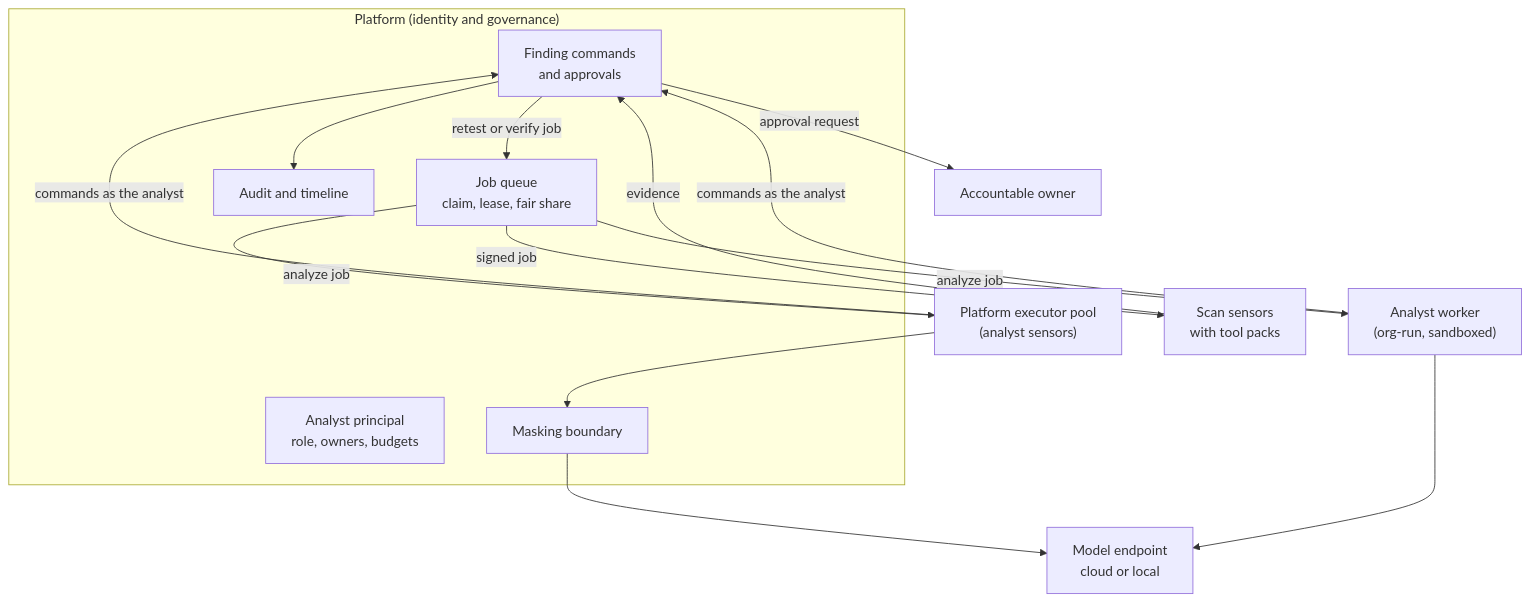
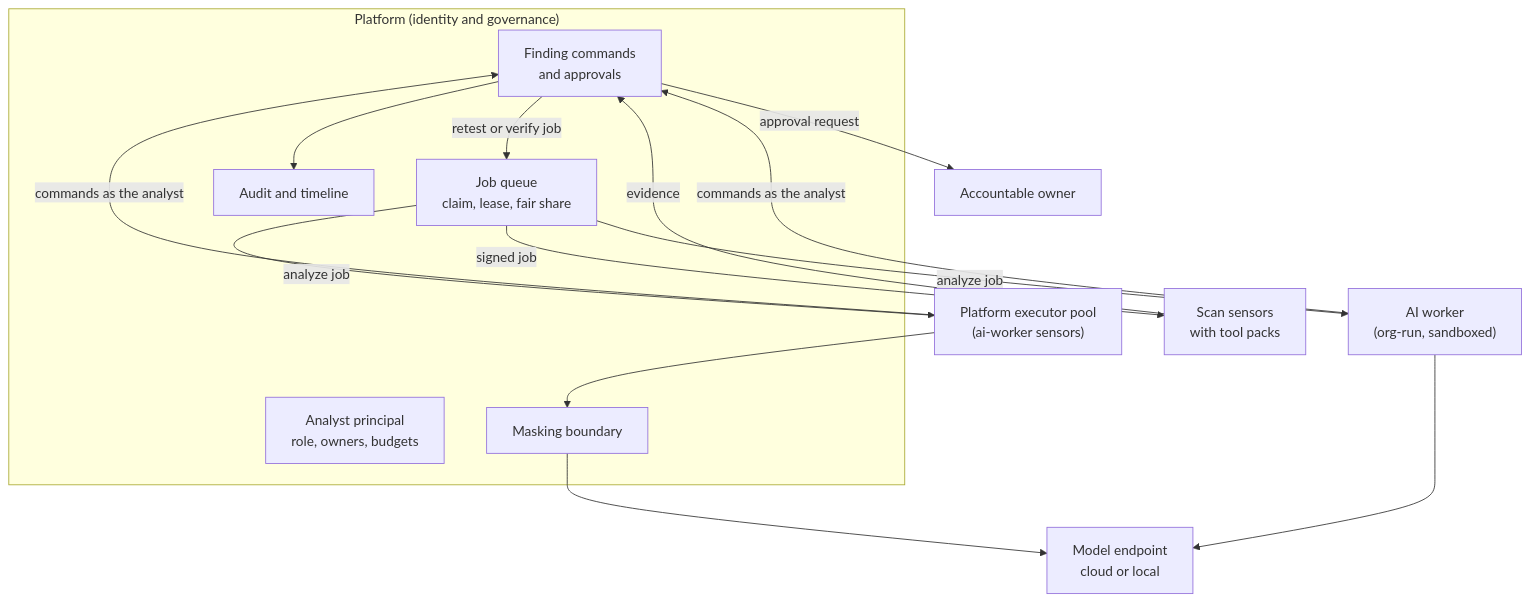
The fourth of 6 diagrams in api/docs/rfcs/RFC-132-ai-analyst-principal.md (openctemio/openctem), drawn with Mermaid before and after one commit. The commit also changed other lines of this file, not shown here.

Commit message:
docs(rfc-132): terminology note (AI agent with a role, ai-worker sensors); prose only

````diff
--- a/api/docs/rfcs/RFC-132-ai-analyst-principal.md
+++ b/api/docs/rfcs/RFC-132-ai-analyst-principal.md
@@ -127,26 +137,26 @@
 ```mermaid
 flowchart TB
   subgraph platform["Platform (identity and governance)"]
     principal["Analyst principal<br/>role, owners, budgets"]
     cmds["Finding commands<br/>and approvals"]
     queue["Job queue<br/>claim, lease, fair share"]
     audit["Audit and timeline"]
     mask["Masking boundary"]
   end
-  pool["Platform executor pool<br/>(analyst sensors)"]
-  worker["Analyst worker<br/>(org-run, sandboxed)"]
+  pool["Platform executor pool<br/>(ai-worker sensors)"]
+  worker["AI worker<br/>(org-run, sandboxed)"]
   llm["Model endpoint<br/>cloud or local"]
   scan["Scan sensors<br/>with tool packs"]
   owner["Accountable owner"]
   queue -->|analyze job| pool
   queue -->|analyze job| worker
   pool --> mask --> llm
   worker --> llm
   pool -->|commands as the analyst| cmds
   worker -->|commands as the analyst| cmds
   cmds -->|retest or verify job| queue
   queue -->|signed job| scan
   scan -->|evidence| cmds
   cmds --> audit
   cmds -->|approval request| owner
 ```
````
